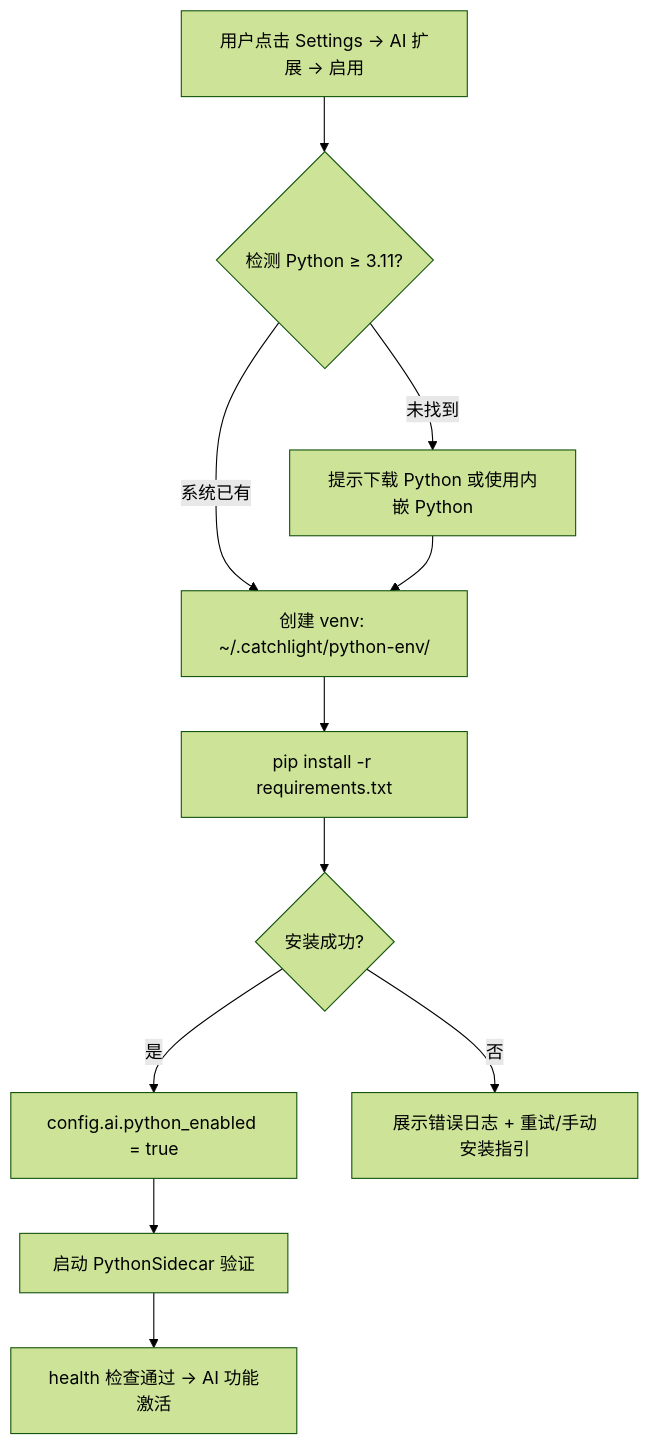
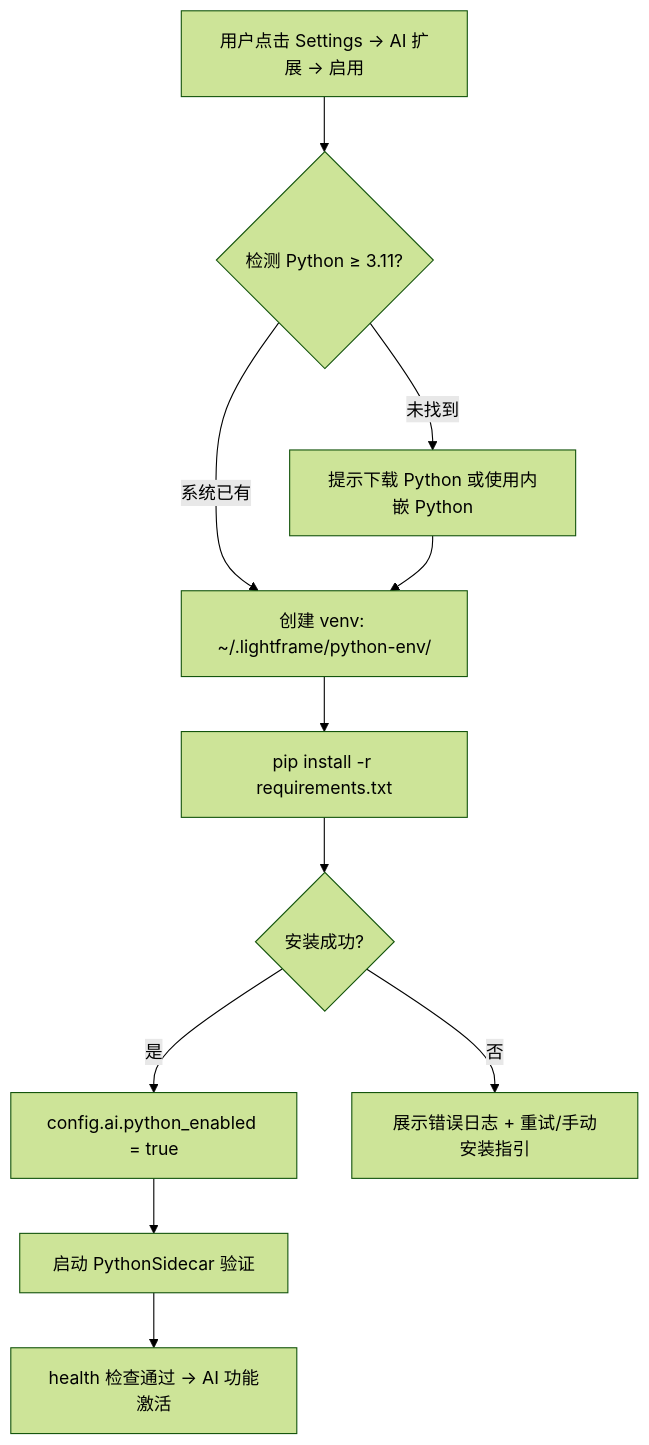
One commit to halft0n/LightFrame changed diagram 11 of 12 in docs/4-detailed-design.md. Above: the diagram before and after it, drawn with Mermaid (forest theme). The commit also changed other lines of this file and 10 other files, not shown here.

````diff
--- a/docs/4-detailed-design.md
+++ b/docs/4-detailed-design.md
@@ -2556,13 +2556,13 @@
 ```mermaid
 flowchart TD
     A[用户点击 Settings → AI 扩展 → 启用] --> B{检测 Python ≥ 3.11?}
-    B -->|系统已有| C[创建 venv: ~/.catchlight/python-env/]
+    B -->|系统已有| C[创建 venv: ~/.lightframe/python-env/]
     B -->|未找到| D[提示下载 Python 或使用内嵌 Python]
     D --> C
     C --> E[pip install -r requirements.txt]
     E --> F{安装成功?}
     F -->|是| G[config.ai.python_enabled = true]
     F -->|否| H[展示错误日志 + 重试/手动安装指引]
     G --> I[启动 PythonSidecar 验证]
     I --> J[health 检查通过 → AI 功能激活]
 ```
````
